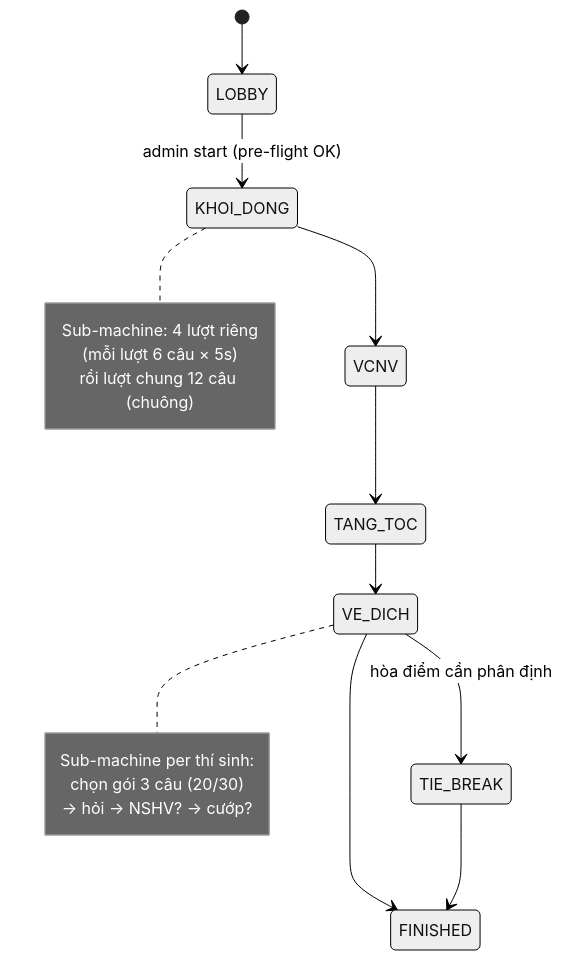
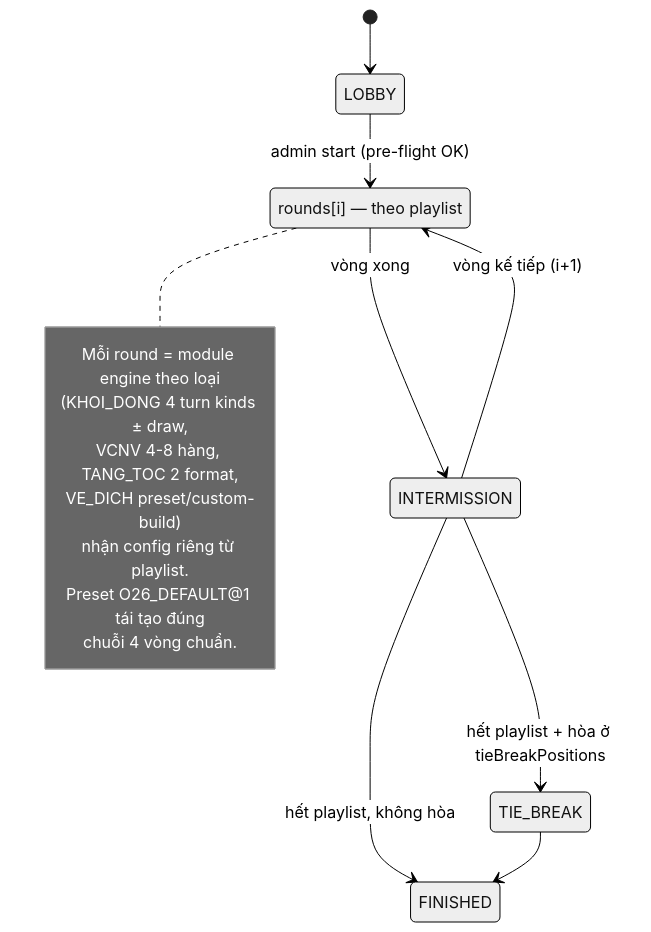
The first of 2 diagrams in plans/260711-2340-olympia-contest-system/phase-06-game-engine.md (Noboroto/KnowledgeDome), drawn with Mermaid (neutral theme) before and after one commit. The commit also changed other lines of this file and 14 other files, not shown here.

````diff
--- a/plans/260711-2340-olympia-contest-system/phase-06-game-engine.md
+++ b/plans/260711-2340-olympia-contest-system/phase-06-game-engine.md
@@ -22,21 +24,20 @@
 ```mermaid
 stateDiagram-v2
   [*] --> LOBBY
-  LOBBY --> KHOI_DONG: admin start (pre-flight OK)
-  KHOI_DONG --> VCNV
-  VCNV --> TANG_TOC
-  TANG_TOC --> VE_DICH
-  VE_DICH --> TIE_BREAK: hòa điểm cần phân định
-  VE_DICH --> FINISHED
+  LOBBY --> Round1: admin start (pre-flight OK)
+  state "rounds[i] — theo playlist" as Round1
+  Round1 --> INTERMISSION: vòng xong
+  INTERMISSION --> Round1: vòng kế tiếp (i+1)
+  INTERMISSION --> TIE_BREAK: hết playlist + hòa ở tieBreakPositions
+  INTERMISSION --> FINISHED: hết playlist, không hòa
   TIE_BREAK --> FINISHED
-  note right of KHOI_DONG
-    Sub-machine: 4 lượt riêng
-    (mỗi lượt 6 câu × 5s)
-    rồi lượt chung 12 câu (chuông)
-  end note
-  note right of VE_DICH
-    Sub-machine per thí sinh:
-    chọn gói 3 câu (20/30)
-    → hỏi → NSHV? → cướp?
+  note right of Round1
+    Mỗi round = module engine theo loại
+    (KHOI_DONG 4 turn kinds ± draw,
+    VCNV 4-8 hàng, TANG_TOC 2 format,
+    VE_DICH preset/custom-build)
+    nhận config riêng từ playlist.
+    Preset O26_DEFAULT@1 tái tạo đúng
+    chuỗi 4 vòng chuẩn.
   end note
 ```
````
